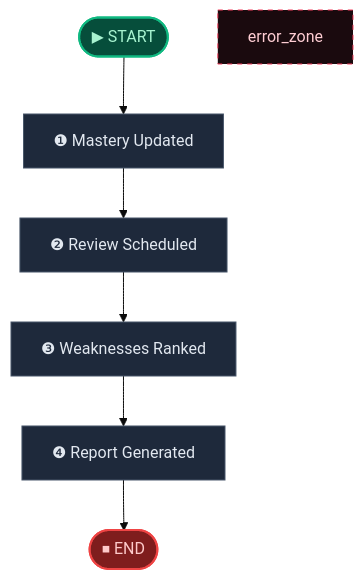
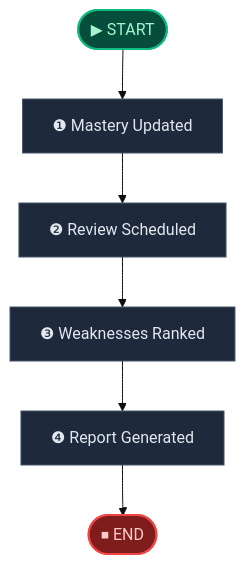
The second of 2 diagrams in backend/scripts/.generated_workflow_diagrams/profile.md (aiteachme/AITeachMe), drawn with Mermaid (base theme) before and after one commit. The commit also changed 9 other files, not shown here.

````diff
--- a/backend/scripts/.generated_workflow_diagrams/profile.md
+++ b/backend/scripts/.generated_workflow_diagrams/profile.md
@@ -79,25 +79,24 @@
 ```mermaid
 flowchart TD
     __start__(["▶ START"])
     mastery_updated["❶ Mastery Updated"]
     review_scheduled["❷ Review Scheduled"]
     weaknesses_ranked["❸ Weaknesses Ranked"]
     report_generated["❹ Report Generated"]
     __end__(["⏹ END"])
 
     __start__ --> mastery_updated
     mastery_updated --> review_scheduled
     review_scheduled --> weaknesses_ranked
     weaknesses_ranked --> report_generated
     report_generated --> __end__
 
     %% ── Styling ──
     classDef startCls fill:#064e3b,stroke:#10b981,stroke-width:2px,color:#a7f3d0
     classDef endCls fill:#7f1d1d,stroke:#ef4444,stroke-width:2px,color:#fecaca
     classDef failCls fill:#4c0519,stroke:#f43f5e,stroke-width:2px,color:#fecdd3
     classDef termCls fill:#1e3a5f,stroke:#3b82f6,stroke-width:2px,color:#93c5fd
     classDef default fill:#1e293b,stroke:#475569,stroke-width:1px,color:#e2e8f0
-    style error_zone fill:#1a0a0e,stroke:#f43f5e,stroke-width:1px,color:#fecdd3,stroke-dasharray:5
     class __start__ startCls
     class __end__ endCls
 ```
````
